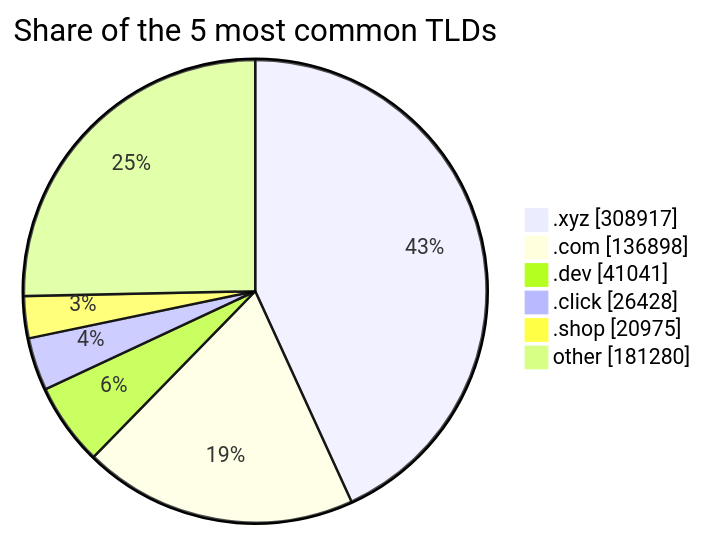
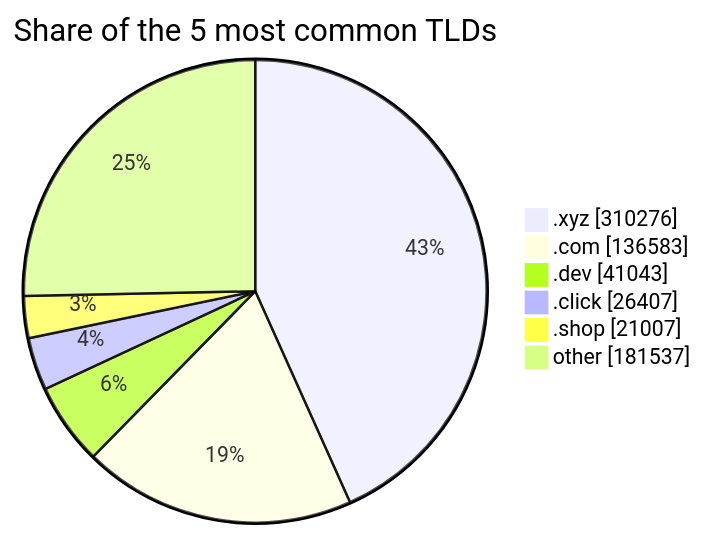
The third of 3 diagrams in README.md (DNSBunker/CTI), drawn with Mermaid before and after one commit. The commit also changed other lines of this file and 3 other files, not shown here.

````diff
--- a/README.md
+++ b/README.md
@@ -81,9 +81,9 @@
 ```mermaid
 pie showData title Share of the 5 most common TLDs
-    ".xyz" : 308917
-    ".com" : 136898
-    ".dev" : 41041
-    ".click" : 26428
-    ".shop" : 20975
-    "other" : 181280
+    ".xyz" : 310276
+    ".com" : 136583
+    ".dev" : 41043
+    ".click" : 26407
+    ".shop" : 21007
+    "other" : 181537
 ```
````
